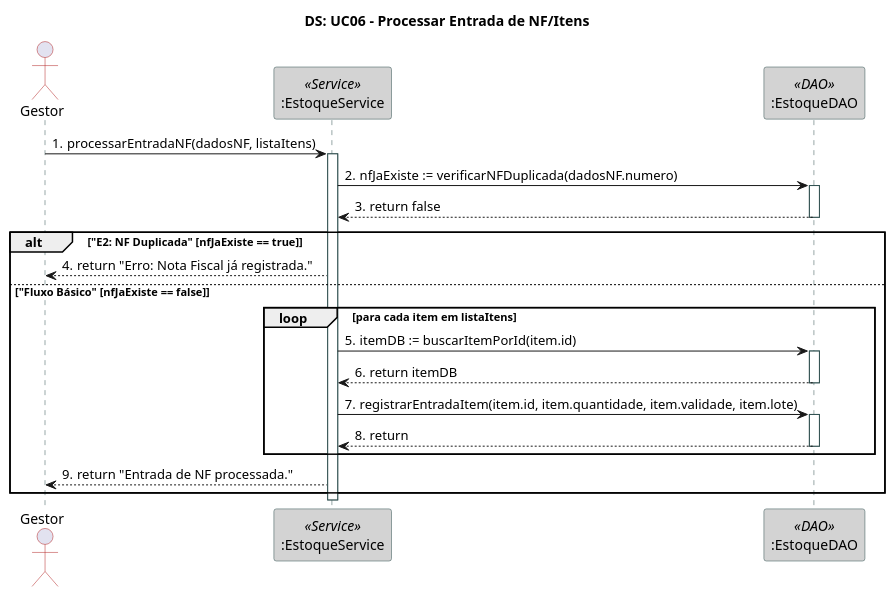
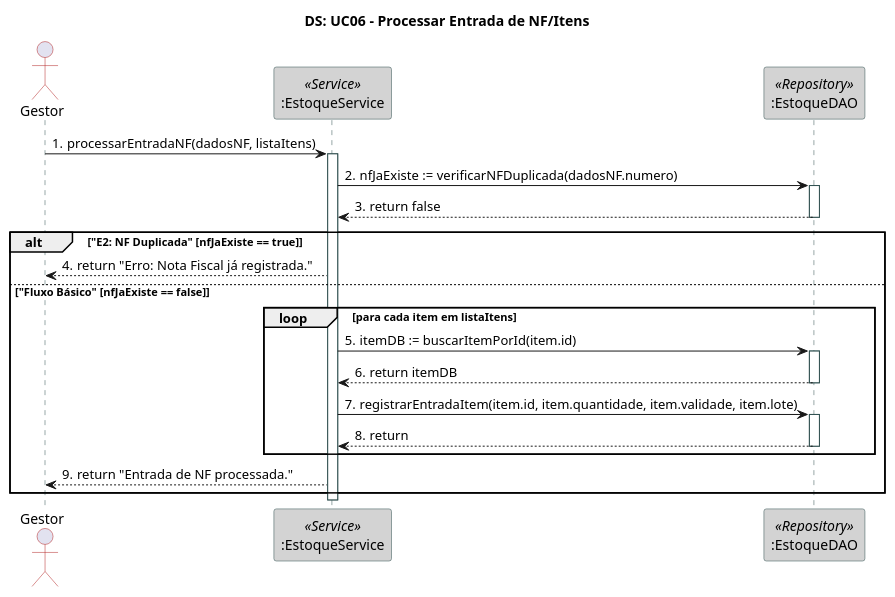
Before and after one commit to ps-es-2025-2/grupo4: the sixth of 10 diagrams in docs/documentos-finais-definitivos/3.7_3.9_3.10_Modelagens/3.9. Modelagem de Interações/3.9. Modelagem de Interações.md, drawn with PlantUML. The commit also changed other lines of this file and 29 other files, not shown here.

````diff
--- a/docs/documentos-finais-definitivos/3.7_3.9_3.10_Modelagens/3.9. Modelagem de Interações/3.9. Modelagem de Interações.md
+++ b/docs/documentos-finais-definitivos/3.7_3.9_3.10_Modelagens/3.9. Modelagem de Interações/3.9. Modelagem de Interações.md
@@ -459,66 +517,66 @@
 ```plantuml
 @startuml
 
 ' Diagrama de Sequência para UC06: Processar Entrada de NF/Itens
 ' Baseado no Fluxo Básico e Exceção E2.
 
 skinparam participant {
   BorderColor DarkSlateGray
   BackgroundColor LightGray
   ArrowColor Firebrick
 }
 
 skinparam sequence {
   LifeLineBorderColor DarkSlateGray
   ActorBorderColor Firebrick
 }
 
 title "DS: UC06 - Processar Entrada de NF/Itens"
 
 actor Gestor as Actor
 
 ' Participantes baseados no Diagrama de Classes
 participant ":EstoqueService" as Service <<Service>>
-participant ":EstoqueDAO" as DAO <<DAO>>
+participant ":EstoqueDAO" as Repository <<Repository>>
 
 autonumber "0."
 
 ' Passos 1-2: Ator acessa função e informa NF/Fornecedor
 Actor -> Service: processarEntradaNF(dadosNF, listaItens)
 activate Service
 
 ' Passo E2 (antes): O Sistema verifica se a NF é duplicada
-Service -> DAO: nfJaExiste := verificarNFDuplicada(dadosNF.numero)
-activate DAO
-DAO --> Service: return false
-deactivate DAO
+Service -> Repository: nfJaExiste := verificarNFDuplicada(dadosNF.numero)
+activate Repository
+Repository --> Service: return false
+deactivate Repository
 
 ' Bloco 'alt' para tratar Exceção E2 (NF Duplicada)
 alt "E2: NF Duplicada" [nfJaExiste == true]
   Service --> Actor: return "Erro: Nota Fiscal já registrada."
 else "Fluxo Básico" [nfJaExiste == false]
   ' Passo 3: O usuário insere a lista de Itens
   ' Bloco 'loop' para iterar sobre os itens da NF
   loop para cada item em listaItens
     ' Passo 4: O Sistema consulta o EstoqueService (DAO)
-    Service -> DAO: itemDB := buscarItemPorId(item.id)
-    activate DAO
-    DAO --> Service: return itemDB
-    deactivate DAO
+    Service -> Repository: itemDB := buscarItemPorId(item.id)
+    activate Repository
+    Repository --> Service: return itemDB
+    deactivate Repository
     
     ' Passo 5: O Sistema incrementa a quantidade
-    ' (Assumindo um método no DAO para isso)
-    Service -> DAO: registrarEntradaItem(item.id, item.quantidade, item.validade, item.lote)
-    activate DAO
-    DAO --> Service: return
-    deactivate DAO
+    ' (Assumindo um método no Repository para isso)
+    Service -> Repository: registrarEntradaItem(item.id, item.quantidade, item.validade, item.lote)
+    activate Repository
+    Repository --> Service: return
+    deactivate Repository
   end
   
   ' Passo 7: O caso de uso é encerrado
   Service --> Actor: return "Entrada de NF processada."
 end
 
 deactivate Service
 
 @enduml
 ```
````
